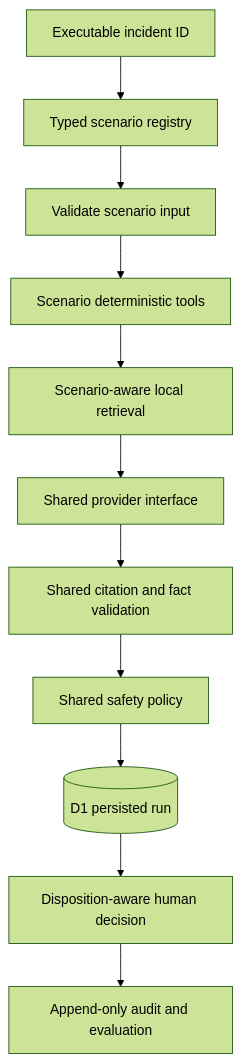
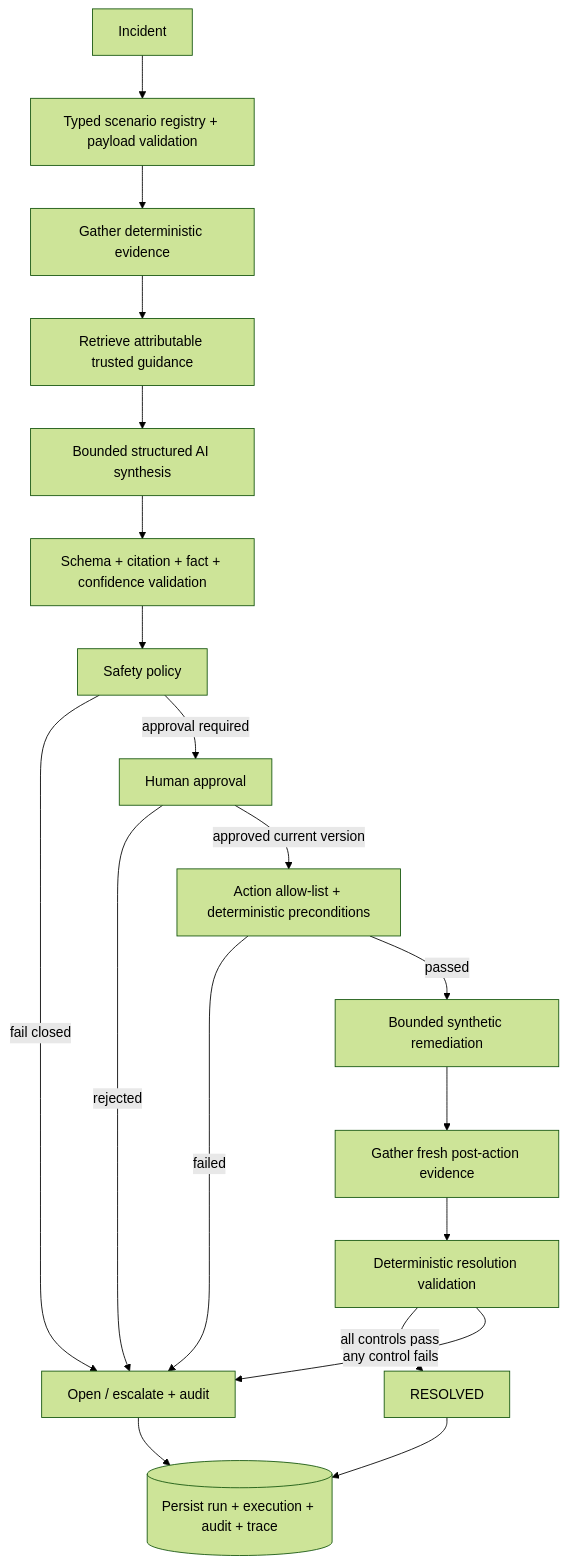
The diagram in docs/architecture.md (TheKhozaChain/Murex_FDE), drawn with Mermaid (forest theme) before and after one commit. The commit also changed other lines of this file and 29 other files, not shown here.

````diff
--- a/docs/architecture.md
+++ b/docs/architecture.md
@@ -3,13 +3,21 @@
 ```mermaid
 flowchart TD
-  I[Executable incident ID] --> REG[Typed scenario registry]
-  REG --> V[Validate scenario input]
-  V --> D[Scenario deterministic tools]
-  D --> R[Scenario-aware local retrieval]
-  R --> S[Shared provider interface]
-  S --> C[Shared citation and fact validation]
-  C --> P[Shared safety policy]
-  P --> D1[(D1 persisted run)]
-  D1 --> H[Disposition-aware human decision]
-  H --> A[Append-only audit and evaluation]
+  I[Incident] --> REG[Typed scenario registry + payload validation]
+  REG --> D[Gather deterministic evidence]
+  D --> R[Retrieve attributable trusted guidance]
+  R --> S[Bounded structured AI synthesis]
+  S --> C[Schema + citation + fact + confidence validation]
+  C --> P[Safety policy]
+  P -->|fail closed| E[Open / escalate + audit]
+  P -->|approval required| H[Human approval]
+  H -->|rejected| E
+  H -->|approved current version| AP[Action allow-list + deterministic preconditions]
+  AP -->|failed| E
+  AP -->|passed| X[Bounded synthetic remediation]
+  X --> G[Gather fresh post-action evidence]
+  G --> RV[Deterministic resolution validation]
+  RV -->|all controls pass| OK[RESOLVED]
+  RV -->|any control fails| E
+  OK --> A[(Persist run + execution + audit + trace)]
+  E --> A
 ```
````
